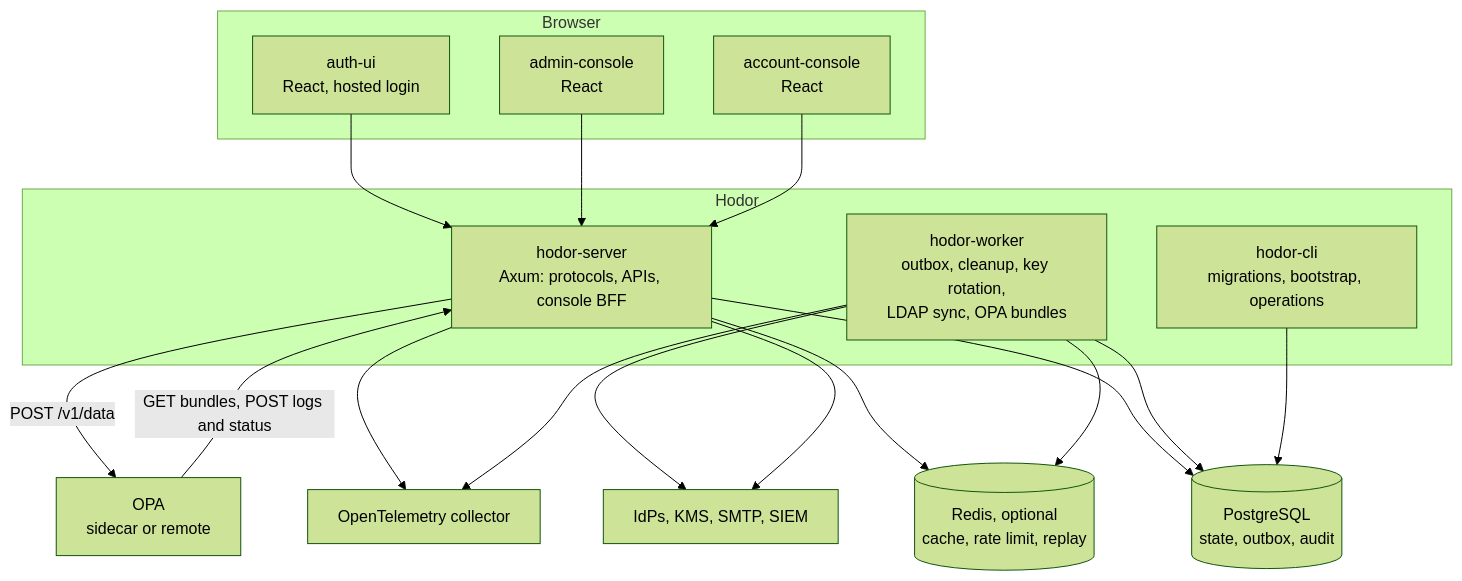
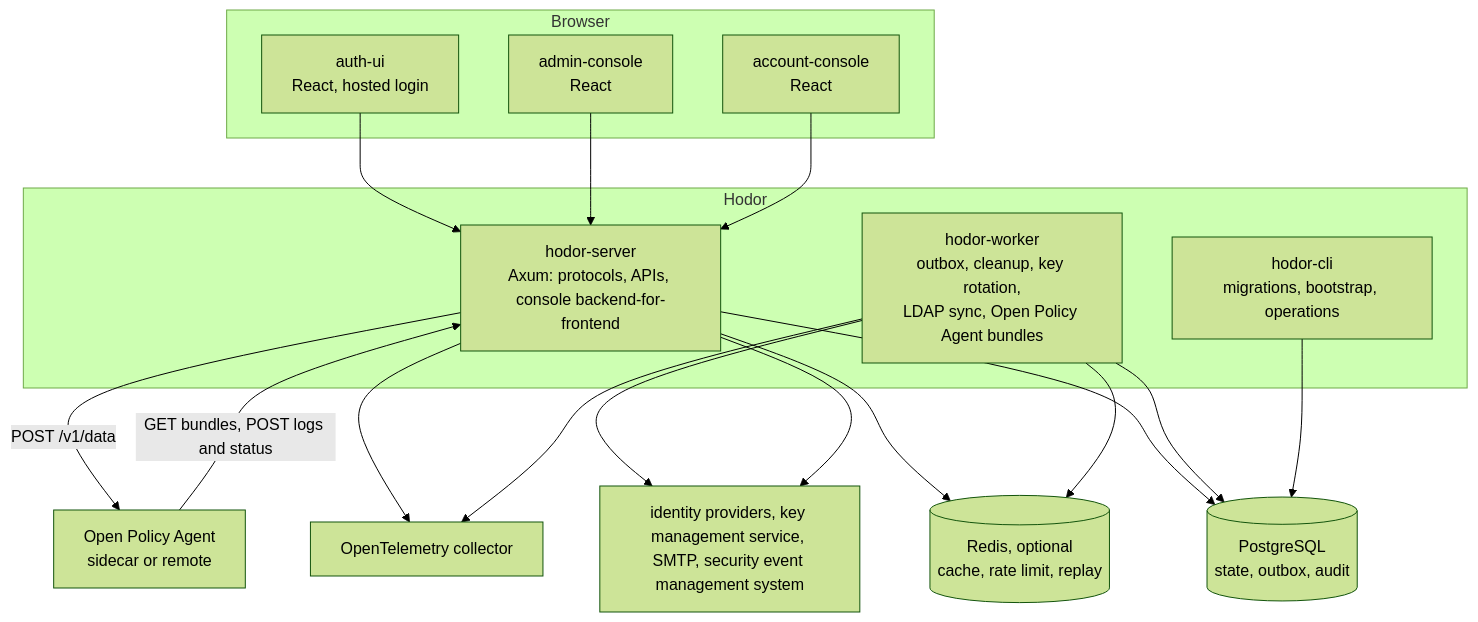
One commit to ortisun/hodor changed the second of 5 diagrams in docs/architecture/overview.md. Above: the diagram before and after it, drawn with Mermaid (forest theme). The commit also changed other lines of this file and 48 other files, not shown here.

````diff
--- a/docs/architecture/overview.md
+++ b/docs/architecture/overview.md
@@ -61,35 +61,35 @@
 ```mermaid
 flowchart TB
     subgraph browser["Browser"]
-        authui["auth-ui<br/>React, hosted login"]
-        adminui["admin-console<br/>React"]
-        accountui["account-console<br/>React"]
+        authInterface["auth-ui<br/>React, hosted login"]
+        adminConsole["admin-console<br/>React"]
+        accountConsole["account-console<br/>React"]
     end
 
     subgraph hodor["Hodor"]
-        server["hodor-server<br/>Axum: protocols, APIs, console BFF"]
-        worker["hodor-worker<br/>outbox, cleanup, key rotation,<br/>LDAP sync, OPA bundles"]
-        cli["hodor-cli<br/>migrations, bootstrap, operations"]
+        server["hodor-server<br/>Axum: protocols, APIs, console backend-for-frontend"]
+        worker["hodor-worker<br/>outbox, cleanup, key rotation,<br/>LDAP sync, Open Policy Agent bundles"]
+        commandLineTool["hodor-cli<br/>migrations, bootstrap, operations"]
     end
 
-    pg[("PostgreSQL<br/>state, outbox, audit")]
+    postgres[("PostgreSQL<br/>state, outbox, audit")]
     redis[("Redis, optional<br/>cache, rate limit, replay")]
-    opa["OPA<br/>sidecar or remote"]
-    otel["OpenTelemetry collector"]
-    ext["IdPs, KMS, SMTP, SIEM"]
+    policyAgent["Open Policy Agent<br/>sidecar or remote"]
+    telemetryCollector["OpenTelemetry collector"]
+    externalServices["identity providers, key management service, SMTP, security event management system"]
 
-    authui --> server
-    adminui --> server
-    accountui --> server
-    server --> pg
+    authInterface --> server
+    adminConsole --> server
+    accountConsole --> server
+    server --> postgres
     server --> redis
-    server -->|"POST /v1/data"| opa
-    opa -->|"GET bundles, POST logs and status"| server
-    worker --> pg
+    server -->|"POST /v1/data"| policyAgent
+    policyAgent -->|"GET bundles, POST logs and status"| server
+    worker --> postgres
     worker --> redis
-    worker --> ext
-    server --> ext
-    cli --> pg
-    server --> otel
-    worker --> otel
+    worker --> externalServices
+    server --> externalServices
+    commandLineTool --> postgres
+    server --> telemetryCollector
+    worker --> telemetryCollector
 ```
````
